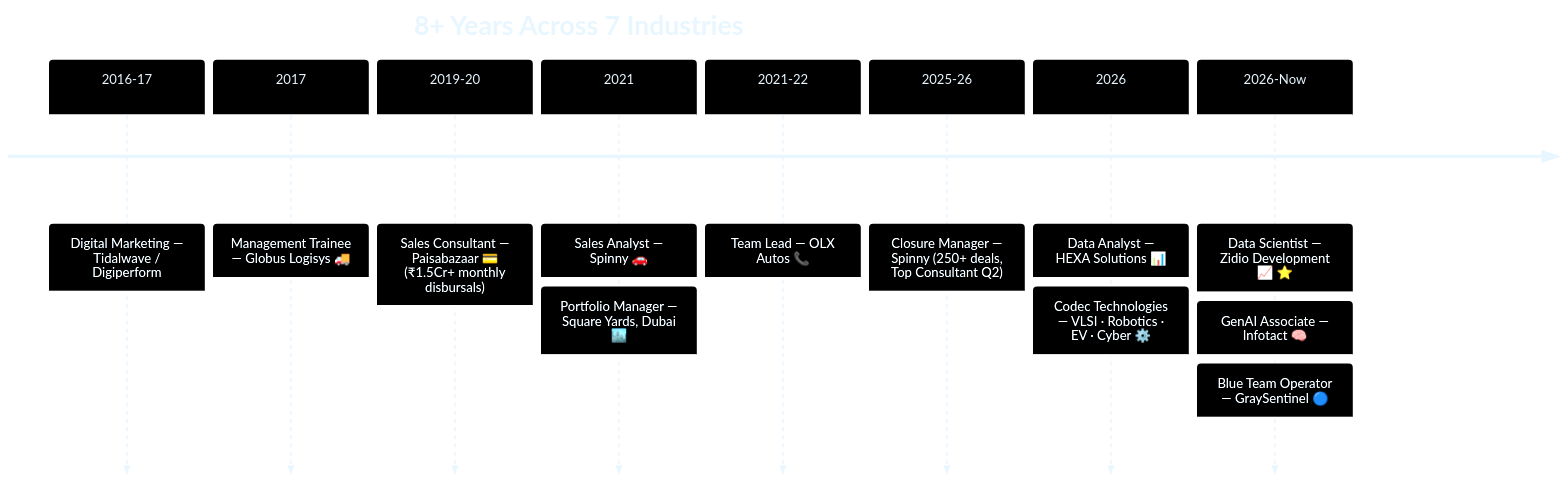
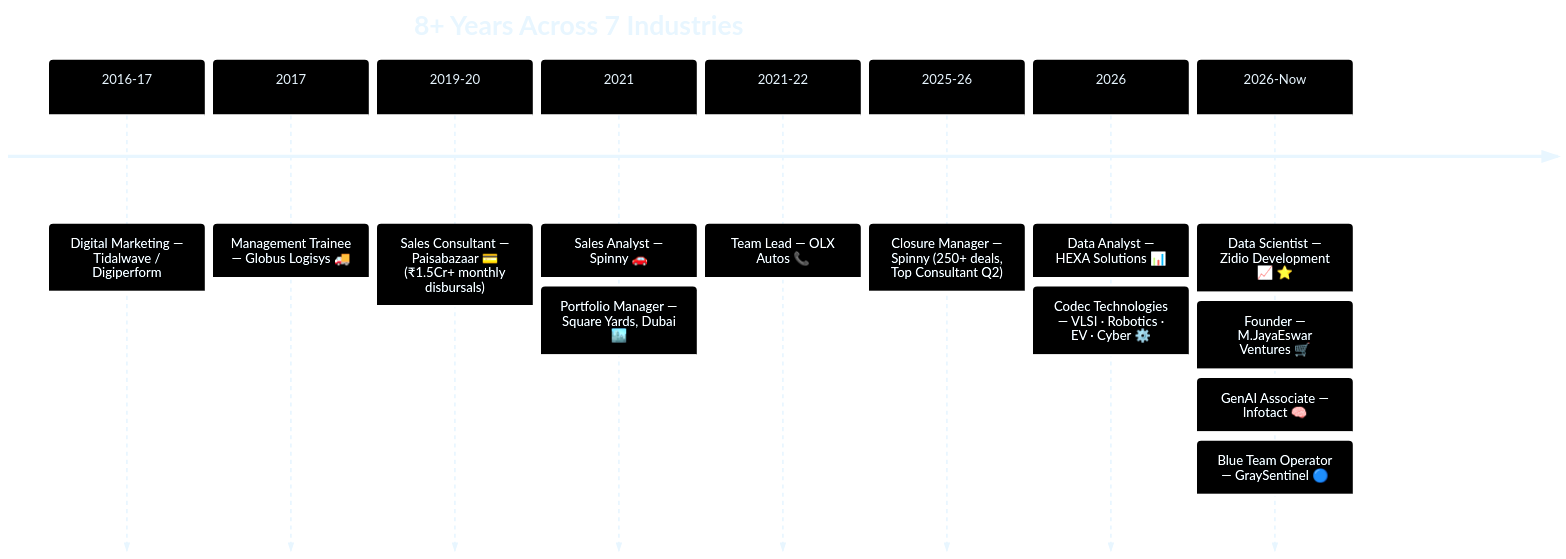
Before and after one commit to Eswar5313/Eswar5313: the diagram in README.md, drawn with Mermaid. The commit also changed other lines of this file and 3 other files, not shown here.

Commit message:
Founder headline + Ventures panel (M.JayaEswar Ventures), WorkRadar case 13, GraySentinel war rooms

````diff
--- a/README.md
+++ b/README.md
@@ -225,13 +259,13 @@
 ```mermaid
 %%{init: {'theme':'base','themeVariables':{'primaryColor':'#0B1026','primaryTextColor':'#E8F6FF','primaryBorderColor':'#00E5FF','lineColor':'#B388FF','secondaryColor':'#12062B','tertiaryColor':'#1B1F4B','fontFamily':'Orbitron, Segoe UI, sans-serif'}}}%%
 timeline
     title 8+ Years Across 7 Industries
     2016-17 : Digital Marketing — Tidalwave / Digiperform
     2017 : Management Trainee — Globus Logisys 🚚
     2019-20 : Sales Consultant — Paisabazaar 💳 (₹1.5Cr+ monthly disbursals)
     2021 : Sales Analyst — Spinny 🚗 : Portfolio Manager — Square Yards, Dubai 🏙️
     2021-22 : Team Lead — OLX Autos 📞
     2025-26 : Closure Manager — Spinny (250+ deals, Top Consultant Q2)
     2026 : Data Analyst — HEXA Solutions 📊 : Codec Technologies — VLSI · Robotics · EV · Cyber ⚙️
-    2026-Now : Data Scientist — Zidio Development 📈 ⭐ : GenAI Associate — Infotact 🧠 : Blue Team Operator — GraySentinel 🔵
+    2026-Now : Data Scientist — Zidio Development 📈 ⭐ : Founder — M.JayaEswar Ventures 🛒 : GenAI Associate — Infotact 🧠 : Blue Team Operator — GraySentinel 🔵
 ```
````
